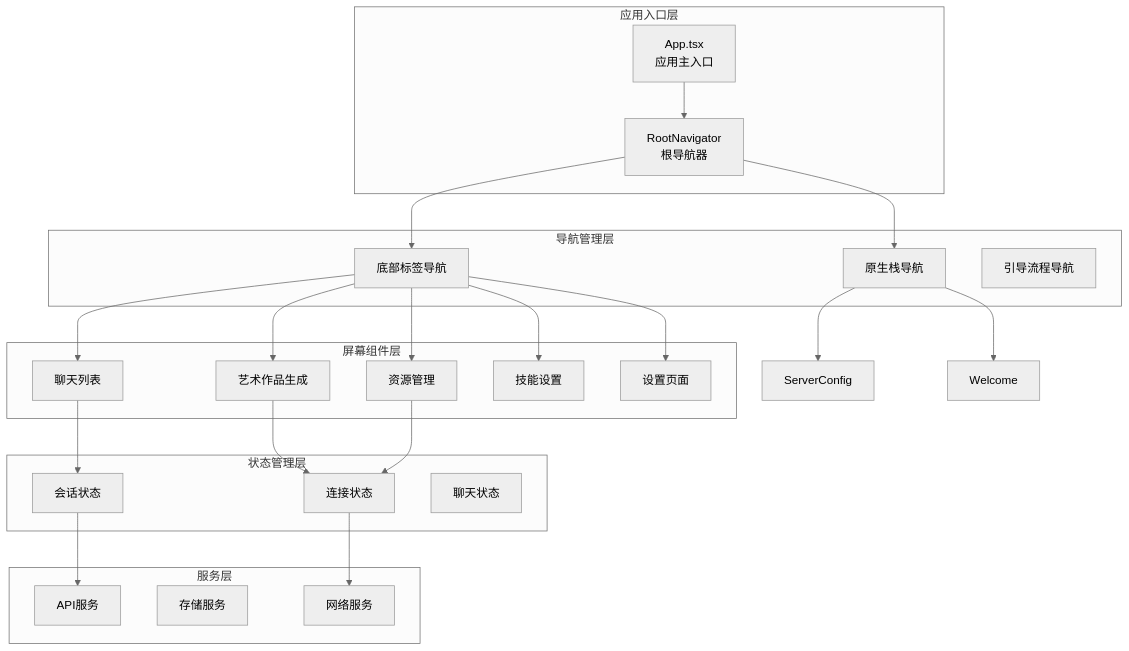
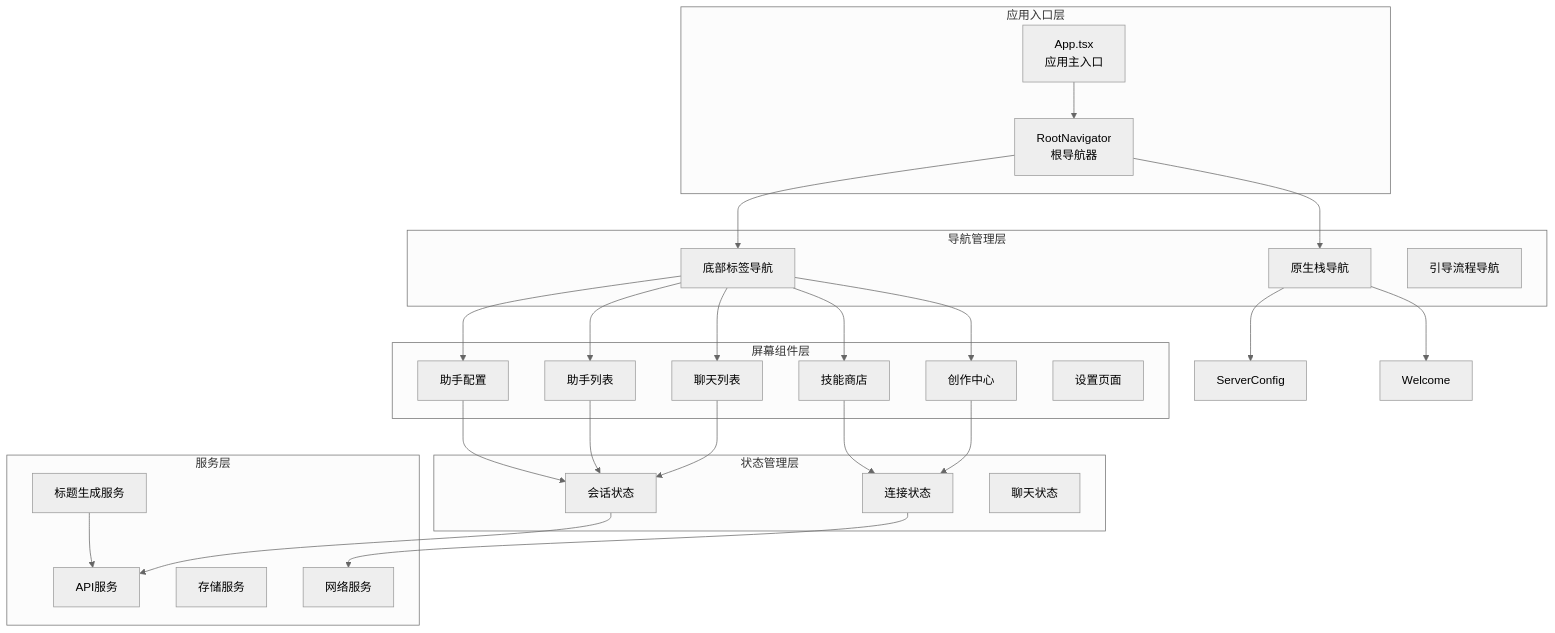
The first of 10 diagrams in .qoder/repowiki/zh/content/Mobile Navigation System.md (AvatoLabs/avato), drawn with Mermaid (neutral theme) before and after one commit. The commit also changed other lines of this file and 158 other files, not shown here.

````diff
--- a/.qoder/repowiki/zh/content/Mobile Navigation System.md
+++ b/.qoder/repowiki/zh/content/Mobile Navigation System.md
@@ -65,44 +61,49 @@
 ```mermaid
 graph TB
 subgraph "应用入口层"
 App[App.tsx<br/>应用主入口]
 RootNavigator[RootNavigator<br/>根导航器]
 end
 subgraph "导航管理层"
 BottomTabs[底部标签导航]
 NativeStack[原生栈导航]
 Onboarding[引导流程导航]
 end
 subgraph "屏幕组件层"
 ChatList[聊天列表]
-Artwork[艺术作品生成]
-Resources[资源管理]
-Skills[技能设置]
+Create[创作中心]
+Store[技能商店]
+AgentList[助手列表]
+AgentConfig[助手配置]
 Settings[设置页面]
 end
 subgraph "状态管理层"
 SessionStore[会话状态]
 ConnectionStore[连接状态]
 ChatStore[聊天状态]
 end
 subgraph "服务层"
 ApiService[API服务]
 StorageService[存储服务]
 NetworkService[网络服务]
+TitleGenService[标题生成服务]
 end
 App --> RootNavigator
 RootNavigator --> BottomTabs
 RootNavigator --> NativeStack
 BottomTabs --> ChatList
-BottomTabs --> Artwork
-BottomTabs --> Resources
-BottomTabs --> Skills
-BottomTabs --> Settings
+BottomTabs --> Create
+BottomTabs --> Store
+BottomTabs --> AgentList
+BottomTabs --> AgentConfig
 NativeStack --> ServerConfig
 NativeStack --> Welcome
 ChatList --> SessionStore
-Artwork --> ConnectionStore
-Resources --> ConnectionStore
+Create --> ConnectionStore
+Store --> ConnectionStore
+AgentList --> SessionStore
+AgentConfig --> SessionStore
 SessionStore --> ApiService
 ConnectionStore --> NetworkService
+TitleGenService --> ApiService
 ```
````
